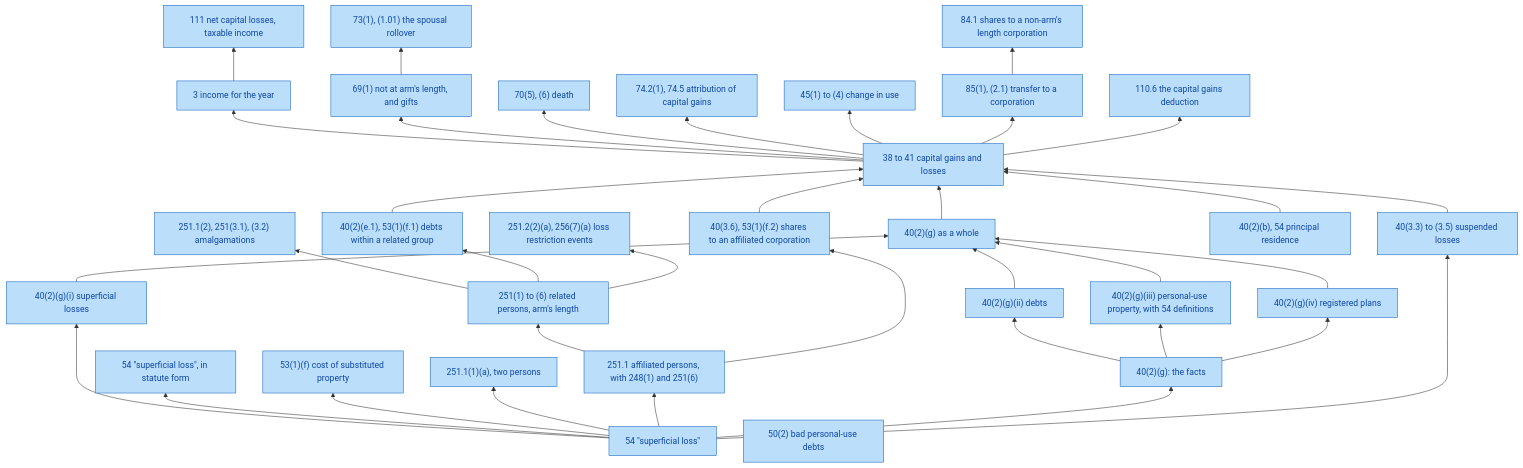
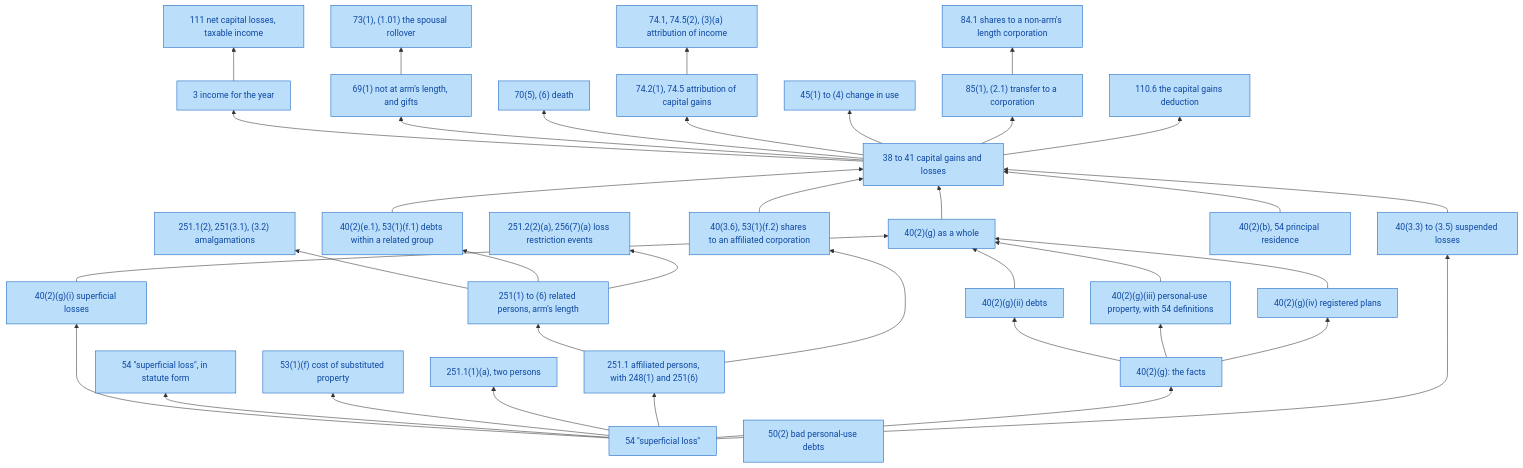
Before and after one commit to SeanWMurray/Canteen: the diagram in docs/graphs/provisions.md, drawn with Mermaid. The commit also changed 17 other files, not shown here.

First line of the commit message:
Encode income attribution: 74.1(1) to (3), 74.5(2) and (3)(a)

````diff
--- a/docs/graphs/provisions.md
+++ b/docs/graphs/provisions.md
@@ -7,68 +7,70 @@
 ```mermaid
 flowchart BT
   v0["54 #quot;superficial loss#quot;"]:::prov
   v1["40(2)(g)(i) superficial losses"]:::prov
   v2["54 #quot;superficial loss#quot;, in statute form"]:::prov
   v3["53(1)(f) cost of substituted property"]:::prov
   v4["251.1(1)(a), two persons"]:::prov
   v5["251.1 affiliated persons, with 248(1) and 251(6)"]:::prov
   v6["251(1) to (6) related persons, arm's length"]:::prov
   v7["251.1(2), 251(3.1), (3.2) amalgamations"]:::prov
   v8["40(2)(g): the facts"]:::prov
   v9["40(2)(g)(ii) debts"]:::prov
   v10["40(2)(g)(iii) personal-use property, with 54 definitions"]:::prov
   v11["40(2)(g)(iv) registered plans"]:::prov
   v12["40(2)(g) as a whole"]:::prov
   v13["40(3.3) to (3.5) suspended losses"]:::prov
   v14["40(3.6), 53(1)(f.2) shares to an affiliated corporation"]:::prov
   v15["40(2)(e.1), 53(1)(f.1) debts within a related group"]:::prov
   v16["40(2)(b), 54 principal residence"]:::prov
   v17["38 to 41 capital gains and losses"]:::prov
   v18["3 income for the year"]:::prov
   v19["111 net capital losses, taxable income"]:::prov
   v20["69(1) not at arm's length, and gifts"]:::prov
   v21["73(1), (1.01) the spousal rollover"]:::prov
   v22["70(5), (6) death"]:::prov
   v23["74.2(1), 74.5 attribution of capital gains"]:::prov
   v24["45(1) to (4) change in use"]:::prov
   v25["85(1), (2.1) transfer to a corporation"]:::prov
   v26["84.1 shares to a non-arm's length corporation"]:::prov
   v27["110.6 the capital gains deduction"]:::prov
   v28["251.2(2)(a), 256(7)(a) loss restriction events"]:::prov
-  v29["50(2) bad personal-use debts"]:::prov
+  v29["74.1, 74.5(2), (3)(a) attribution of income"]:::prov
+  v30["50(2) bad personal-use debts"]:::prov
   v0 --> v1
   v0 --> v2
   v0 --> v3
   v0 --> v4
   v0 --> v5
   v5 --> v6
   v6 --> v7
   v0 --> v8
   v8 --> v9
   v8 --> v10
   v8 --> v11
   v9 --> v12
   v10 --> v12
   v11 --> v12
   v1 --> v12
   v0 --> v13
   v5 --> v14
   v6 --> v15
   v12 --> v17
   v13 --> v17
   v14 --> v17
   v15 --> v17
   v16 --> v17
   v17 --> v18
   v18 --> v19
   v17 --> v20
   v20 --> v21
   v17 --> v22
   v17 --> v23
   v17 --> v24
   v17 --> v25
   v25 --> v26
   v17 --> v27
   v6 --> v28
+  v23 --> v29
   classDef prov fill:#bbdefb,stroke:#1565c0,color:#0d47a1
 ```
````
